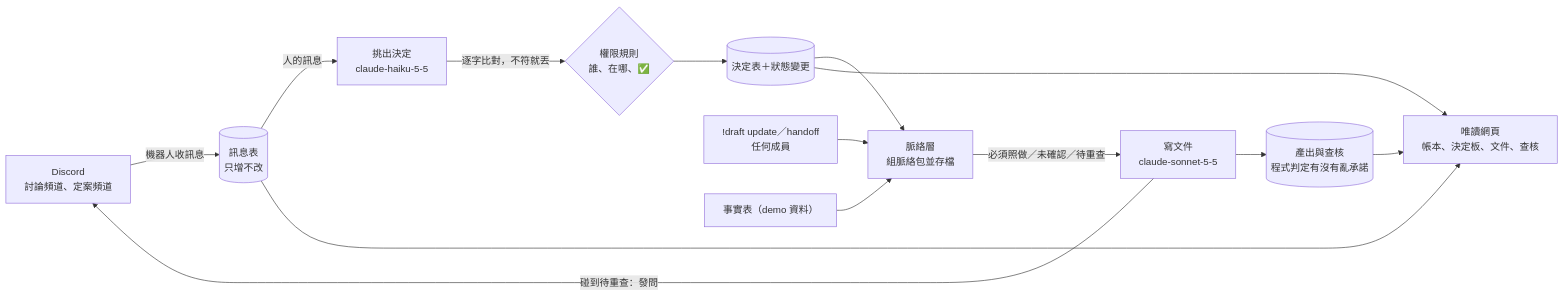
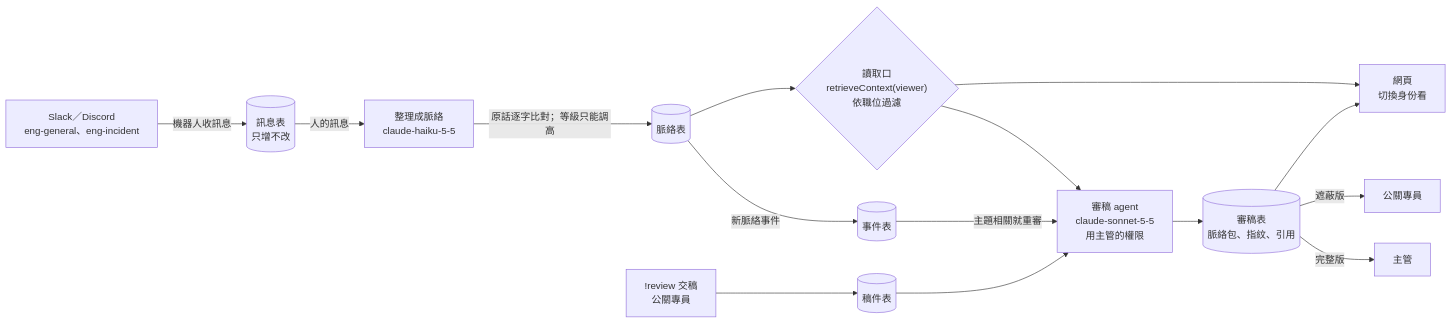
Before and after one commit to c0mpiled-18/stick: the second of 3 diagrams in docs/intent-map.md, drawn with Mermaid. The commit also changed other lines of this file and 3 other files, not shown here.

````diff
--- a/docs/intent-map.md
+++ b/docs/intent-map.md
@@ -112,16 +116,17 @@
 ```mermaid
 flowchart LR
-    DC["Discord<br/>討論頻道、定案頻道"] -->|"機器人收訊息"| MSG[("訊息表<br/>只增不改")]
-    MSG -->|"人的訊息"| EX["挑出決定<br/>claude-haiku-5-5"]
-    EX -->|"逐字比對，不符就丟"| RULE{"權限規則<br/>誰、在哪、✅"}
-    RULE --> DEC[("決定表＋狀態變更")]
-    CMD["!draft update／handoff<br/>任何成員"] --> CTX["脈絡層<br/>組脈絡包並存檔"]
-    DEC --> CTX
-    FACT["事實表（demo 資料）"] --> CTX
-    CTX -->|"必須照做／未確認／待重查"| RUN["寫文件<br/>claude-sonnet-5-5"]
-    RUN --> AUD[("產出與查核<br/>程式判定有沒有亂承諾")]
-    RUN -->|"碰到待重查：發問"| DC
-    AUD --> WEB["唯讀網頁<br/>帳本、決定板、文件、查核"]
-    DEC --> WEB
-    MSG --> WEB
+    SRC["Slack／Discord<br/>eng-general、eng-incident"] -->|"機器人收訊息"| MSG[("訊息表<br/>只增不改")]
+    MSG -->|"人的訊息"| SUM["整理成脈絡<br/>claude-haiku-5-5"]
+    SUM -->|"原話逐字比對；等級只能調高"| CTX[("脈絡表")]
+    CTX -->|"新脈絡事件"| EVT[("事件表")]
+    CTX --> ACC{"讀取口<br/>retrieveContext(viewer)<br/>依職位過濾"}
+    DR["!review 交稿<br/>公關專員"] --> DRAFT[("稿件表")]
+    DRAFT --> REV["審稿 agent<br/>claude-sonnet-5-5<br/>用主管的權限"]
+    ACC --> REV
+    EVT -->|"主題相關就重審"| REV
+    REV --> RVW[("審稿表<br/>脈絡包、指紋、引用")]
+    RVW -->|"完整版"| LEAD["主管"]
+    RVW -->|"遮蔽版"| STAFF["公關專員"]
+    ACC --> WEB["網頁<br/>切換身份看"]
+    RVW --> WEB
 ```
````
